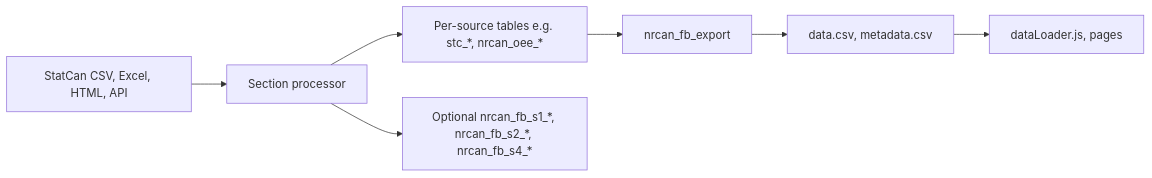
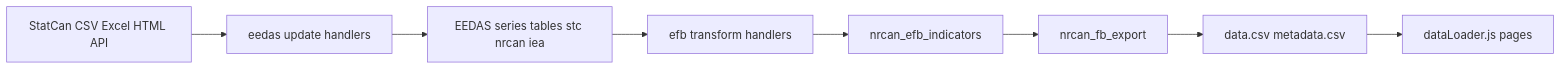
Before and after one commit to PierreNelson/NRCan_Energy_Fact_Book: the diagram in docs/DATA_PIPELINE_GUIDE.md, drawn with Mermaid. The commit also changed other lines of this file and 191 other files, not shown here.

Commit message:
Codebase refactor as per review documentation: Split EEDAS/EFB pipeline, split section processors, and rewrite/add documentation

````diff
--- a/docs/DATA_PIPELINE_GUIDE.md
+++ b/docs/DATA_PIPELINE_GUIDE.md
@@ -13,17 +13,14 @@
 ```mermaid
 flowchart LR
-    Sources[StatCan CSV, Excel, HTML, API]
-    Processor[Section processor]
-    SeriesDB[Per-source tables e.g. stc_*, nrcan_oee_*]
-    CalcDB[Optional nrcan_fb_s1_*, nrcan_fb_s2_*, nrcan_fb_s4_*]
+    Sources[StatCan CSV Excel HTML API]
+    EEDAS[eedas update handlers]
+    RawDB[EEDAS series tables stc nrcan iea]
+    EFB[efb transform handlers]
+    IndDB[nrcan_efb_indicators]
     ExportDB[nrcan_fb_export]
-    CSV[data.csv, metadata.csv]
-    Frontend[dataLoader.js, pages]
+    CSV[data.csv metadata.csv]
+    Frontend[dataLoader.js pages]
 
-    Sources --> Processor
-    Processor --> SeriesDB
-    Processor --> CalcDB
-    SeriesDB --> ExportDB
-    ExportDB --> CSV
-    CSV --> Frontend
+    Sources --> EEDAS --> RawDB
+    RawDB --> EFB --> IndDB --> ExportDB --> CSV --> Frontend
 ```
````
